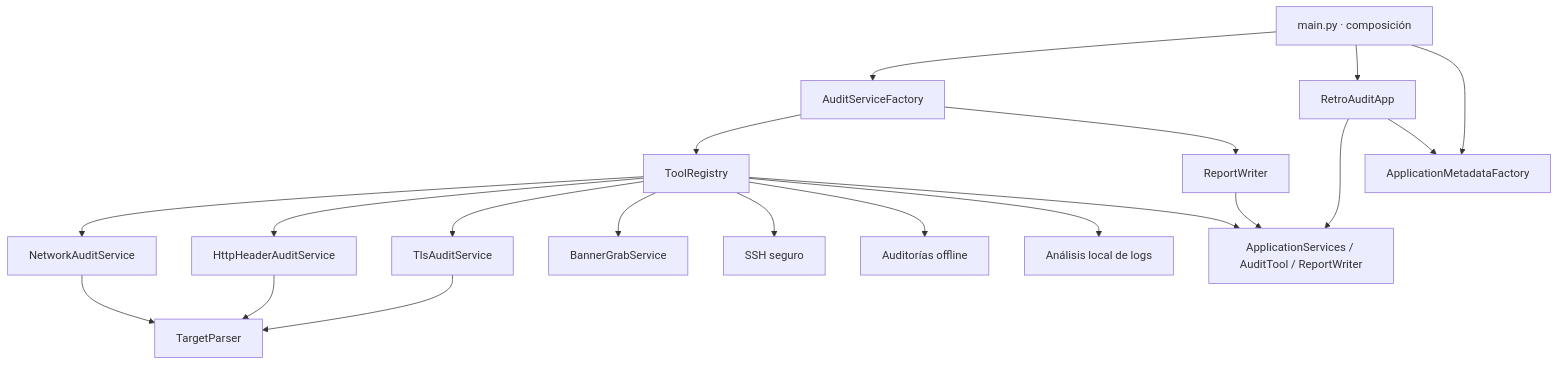
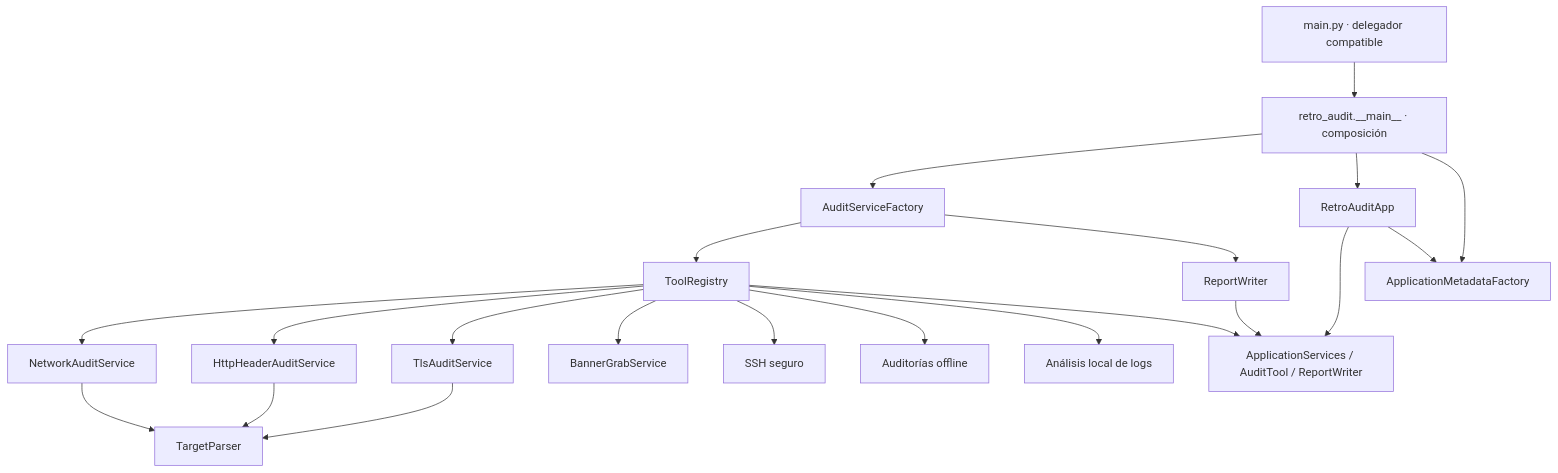
One commit to mapenzo/retro-audit-commander changed the diagram in ARCHITECTURE.md. Above: the diagram before and after it, drawn with Mermaid. The commit also changed other lines of this file and 10 other files, not shown here.

````diff
--- a/ARCHITECTURE.md
+++ b/ARCHITECTURE.md
@@ -12,22 +12,23 @@
 ```mermaid
 flowchart TD
-    Entry[main.py · composición] --> Factory[AuditServiceFactory]
+    Entry[retro_audit.__main__ · composición] --> Factory[AuditServiceFactory]
+    Legacy[main.py · delegador compatible] --> Entry
     Factory --> Registry[ToolRegistry]
     Factory --> Reports[ReportWriter]
     Registry --> TCP[NetworkAuditService]
     Registry --> HTTP[HttpHeaderAuditService]
     Registry --> TLS[TlsAuditService]
     Registry --> Banner[BannerGrabService]
     Registry --> SSH[SSH seguro]
     Registry --> Offline[Auditorías offline]
     Registry --> Logs[Análisis local de logs]
     Entry --> UI[RetroAuditApp]
     Entry --> Metadata[ApplicationMetadataFactory]
     UI --> Contracts[ApplicationServices / AuditTool / ReportWriter]
     UI --> Metadata
     Registry --> Contracts
     Reports --> Contracts
     TCP --> Targets[TargetParser]
     HTTP --> Targets
     TLS --> Targets
 ```
````
